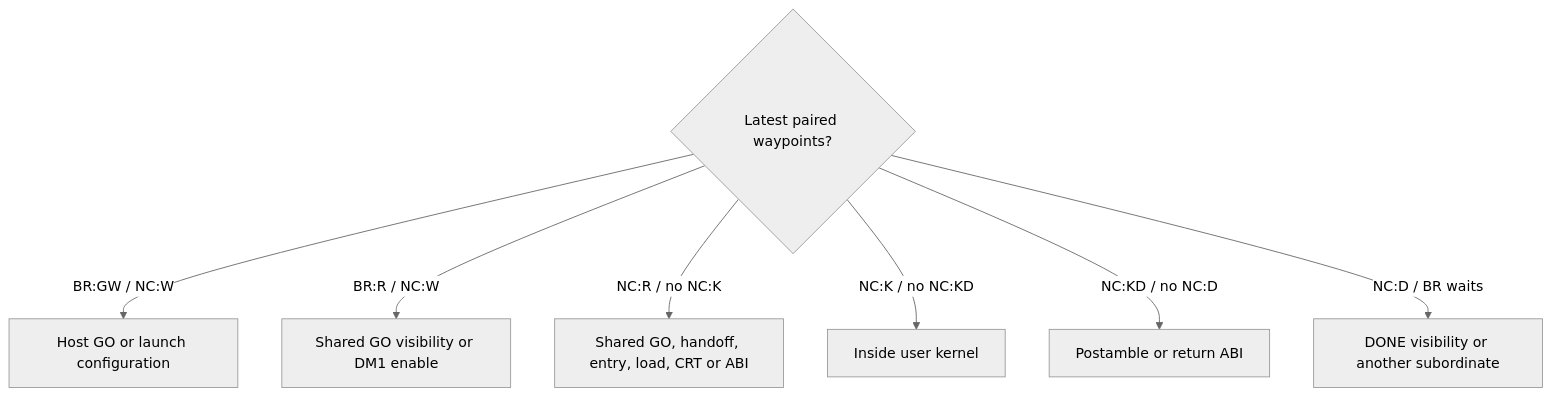
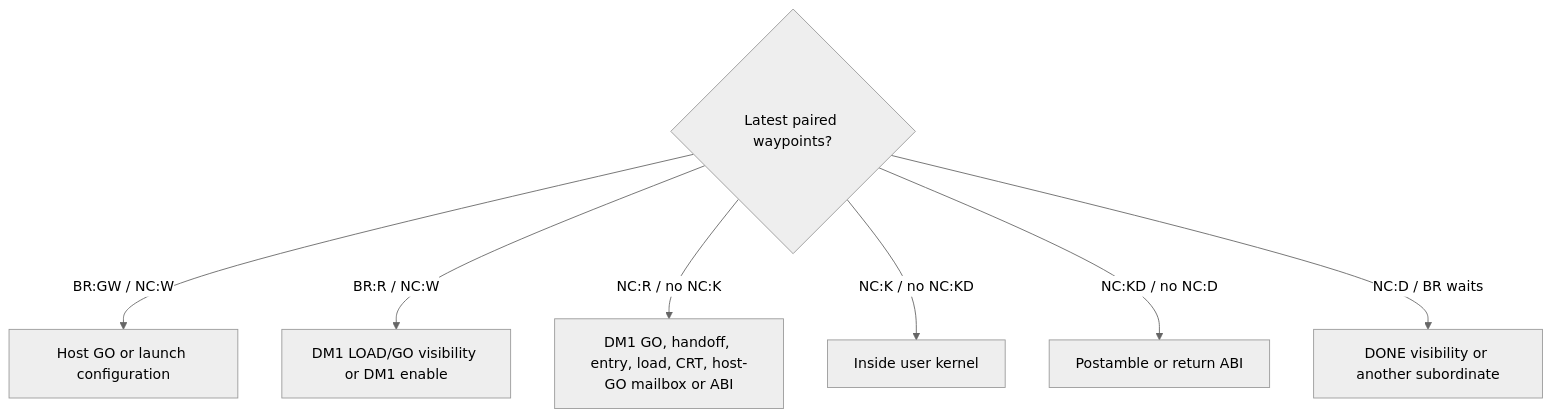
Before and after one commit to buicongnguyen/tt-sim: the ninth of 20 diagrams in public/DISCUSSION_BLACKHOLE_BRINGUP.md, drawn with Mermaid (neutral theme). The commit also changed other lines of this file and 28 other files, not shown here.

````diff
--- a/public/DISCUSSION_BLACKHOLE_BRINGUP.md
+++ b/public/DISCUSSION_BLACKHOLE_BRINGUP.md
@@ -759,10 +783,10 @@
 ```mermaid
 flowchart TD
     W{Latest paired waypoints?}
     W -->|BR:GW / NC:W| H[Host GO or launch configuration]
-    W -->|BR:R / NC:W| S[Shared GO visibility or DM1 enable]
-    W -->|NC:R / no NC:K| E[Shared GO, handoff, entry, load, CRT or ABI]
+    W -->|BR:R / NC:W| S[DM1 LOAD/GO visibility or DM1 enable]
+    W -->|NC:R / no NC:K| E[DM1 GO, handoff, entry, load, CRT, host-GO mailbox or ABI]
     W -->|NC:K / no NC:KD| U[Inside user kernel]
     W -->|NC:KD / no NC:D| P[Postamble or return ABI]
     W -->|NC:D / BR waits| D[DONE visibility or another subordinate]
 ```
````
